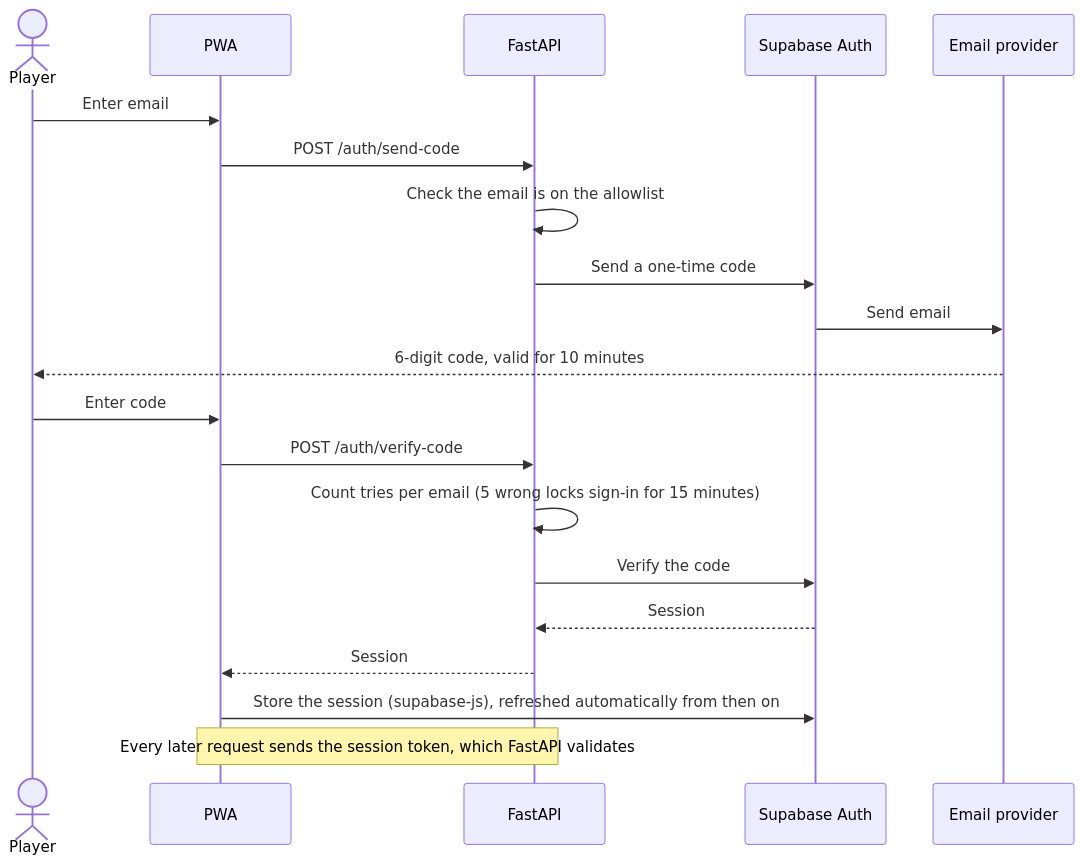
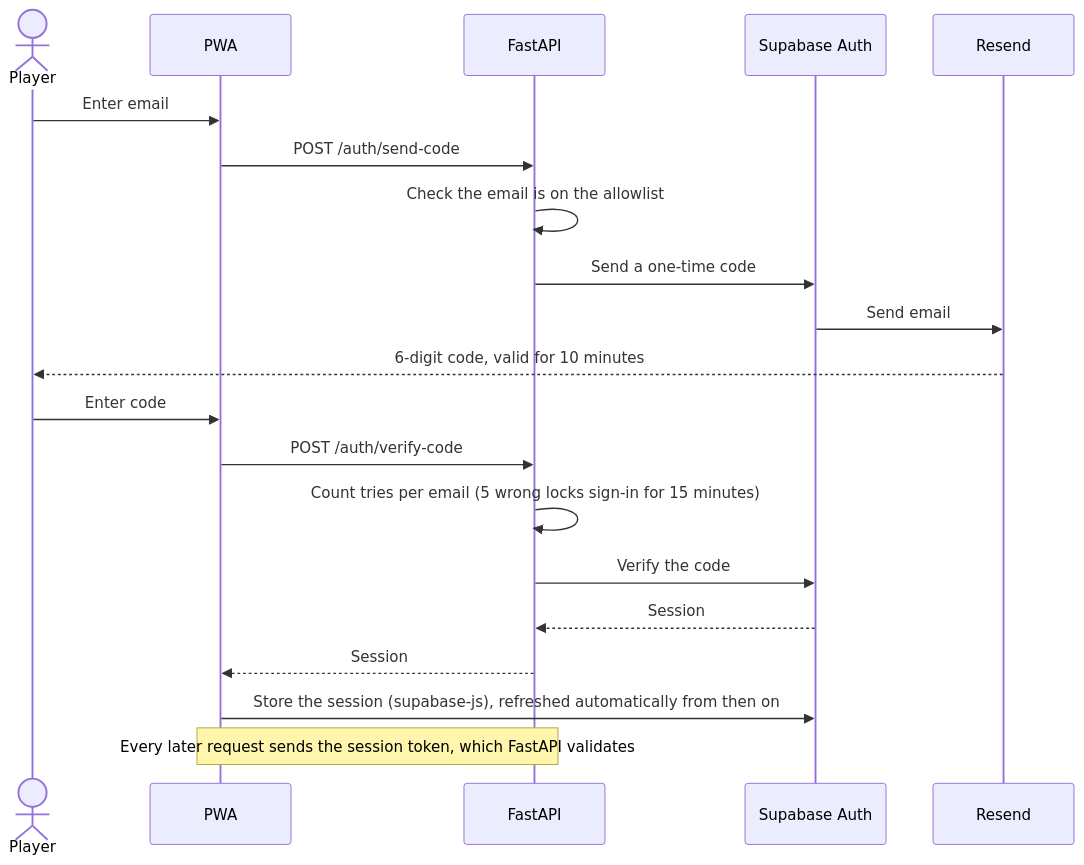
The second of 5 diagrams in docs/architecture.md (azamatsmith/soul-search), drawn with Mermaid before and after one commit. The commit also changed other lines of this file, not shown here.

Commit message:
docs: name resend and mailpit in the architecture diagram

````diff
--- a/docs/architecture.md
+++ b/docs/architecture.md
@@ -39,23 +39,23 @@
 ```mermaid
 sequenceDiagram
     actor player as Player
     participant pwa as PWA
     participant api as FastAPI
     participant auth as Supabase Auth
-    participant mail as Email provider
+    participant mail as Resend
 
     player->>pwa: Enter email
     pwa->>api: POST /auth/send-code
     api->>api: Check the email is on the allowlist
     api->>auth: Send a one-time code
     auth->>mail: Send email
     mail-->>player: 6-digit code, valid for 10 minutes
     player->>pwa: Enter code
     pwa->>api: POST /auth/verify-code
     api->>api: Count tries per email (5 wrong locks sign-in for 15 minutes)
     api->>auth: Verify the code
     auth-->>api: Session
     api-->>pwa: Session
     pwa->>auth: Store the session (supabase-js), refreshed automatically from then on
     Note over pwa,api: Every later request sends the session token, which FastAPI validates
 ```
````
